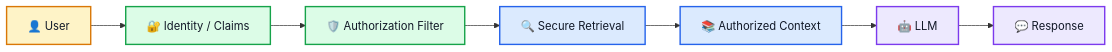
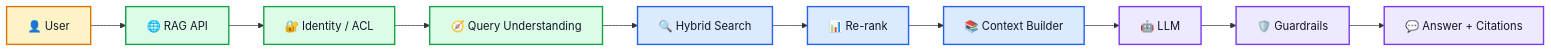
Diagram 23 of 23 in RAG-Explained-1.md (azam123/awesome-ai-engineer), drawn with Mermaid before and after one commit. The commit also changed other lines of this file, not shown here.

Commit message:
docs: add sourced top 10 RAG and GenAI interview FAQ

```diff
--- a/RAG-Explained-1.md
+++ b/RAG-Explained-1.md
@@ -2023,19 +2121,22 @@
 ~~~mermaid
 flowchart LR
-    U["👤 User"] --> ID["🔐 Identity / Claims"]
-    ID --> ACL["🛡️ Authorization Filter"]
-    ACL --> RET["🔍 Secure Retrieval"]
-    RET --> CTX["📚 Authorized Context"]
-    CTX --> LLM["🤖 LLM"]
-    LLM --> OUT["💬 Response"]
+    U["👤 User"] --> API["🌐 RAG API"]
+    API --> AUTH["🔐 Identity / ACL"]
+    AUTH --> Q["🧭 Query Understanding"]
+    Q --> S["🔍 Hybrid Search"]
+    S --> R["📊 Re-rank"]
+    R --> CTX["📚 Context Builder"]
+    CTX --> L["🤖 LLM"]
+    L --> G["🛡️ Guardrails"]
+    G --> A["💬 Answer + Citations"]
 
     classDef yellow fill:#FEF3C7,stroke:#D97706,color:#111827,stroke-width:2px;
     classDef green fill:#DCFCE7,stroke:#16A34A,color:#111827,stroke-width:2px;
     classDef blue fill:#DBEAFE,stroke:#2563EB,color:#111827,stroke-width:2px;
     classDef purple fill:#EDE9FE,stroke:#7C3AED,color:#111827,stroke-width:2px;
 
     class U yellow;
-    class ID,ACL green;
-    class RET,CTX blue;
-    class LLM,OUT purple;
+    class API,AUTH,Q green;
+    class S,R,CTX blue;
+    class L,G,A purple;
 ~~~
```
